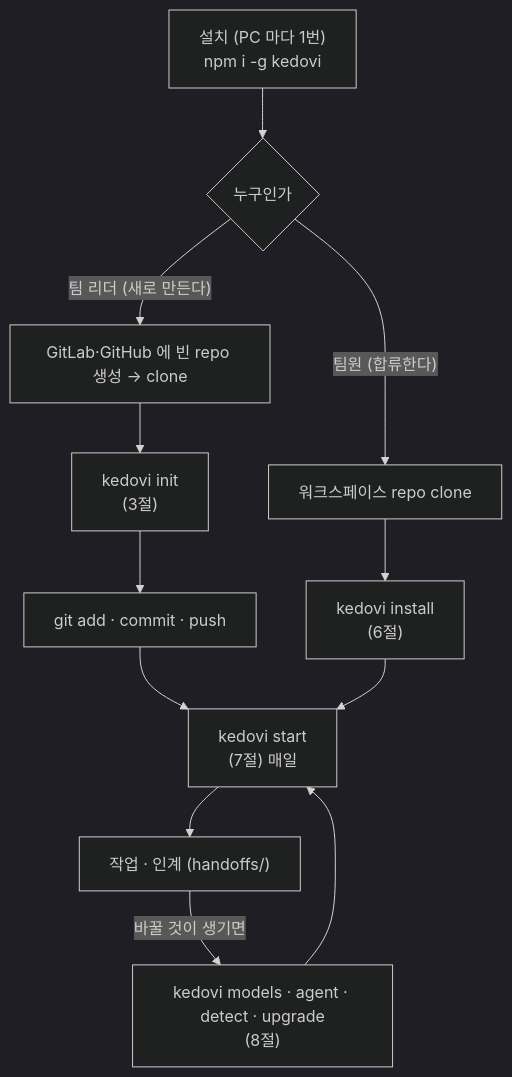
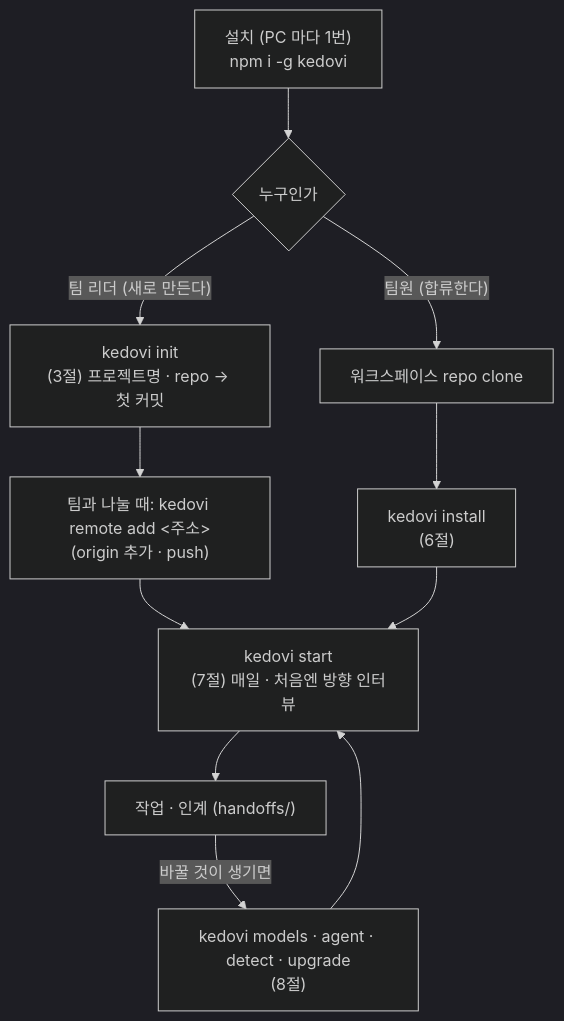
One commit to evrenjo/kedovi changed the first of 10 diagrams in docs/workflow.md. Above: the diagram before and after it, drawn with Mermaid (dark theme). The commit also changed other lines of this file and 132 other files, not shown here.

````diff
--- a/docs/workflow.md
+++ b/docs/workflow.md
@@ -11,14 +11,13 @@
 ```mermaid
 flowchart TD
     A["설치 (PC 마다 1번)<br/>npm i -g kedovi"] --> B{"누구인가"}
-    B -->|"팀 리더 (새로 만든다)"| C["GitLab·GitHub 에 빈 repo 생성 → clone"]
-    C --> D["kedovi init<br/>(3절)"]
-    D --> E["git add · commit · push"]
+    B -->|"팀 리더 (새로 만든다)"| D["kedovi init<br/>(3절) 프로젝트명 · repo → 첫 커밋"]
+    D --> E["팀과 나눌 때: kedovi remote add &lt;주소&gt;<br/>(origin 추가 · push)"]
     B -->|"팀원 (합류한다)"| F["워크스페이스 repo clone"]
     F --> G["kedovi install<br/>(6절)"]
-    E --> H["kedovi start<br/>(7절) 매일"]
+    E --> H["kedovi start<br/>(7절) 매일 · 처음엔 방향 인터뷰"]
     G --> H
     H --> I["작업 · 인계 (handoffs/)"]
     I -->|"바꿀 것이 생기면"| J["kedovi models · agent · detect · upgrade<br/>(8절)"]
     J --> H
 ```
````
